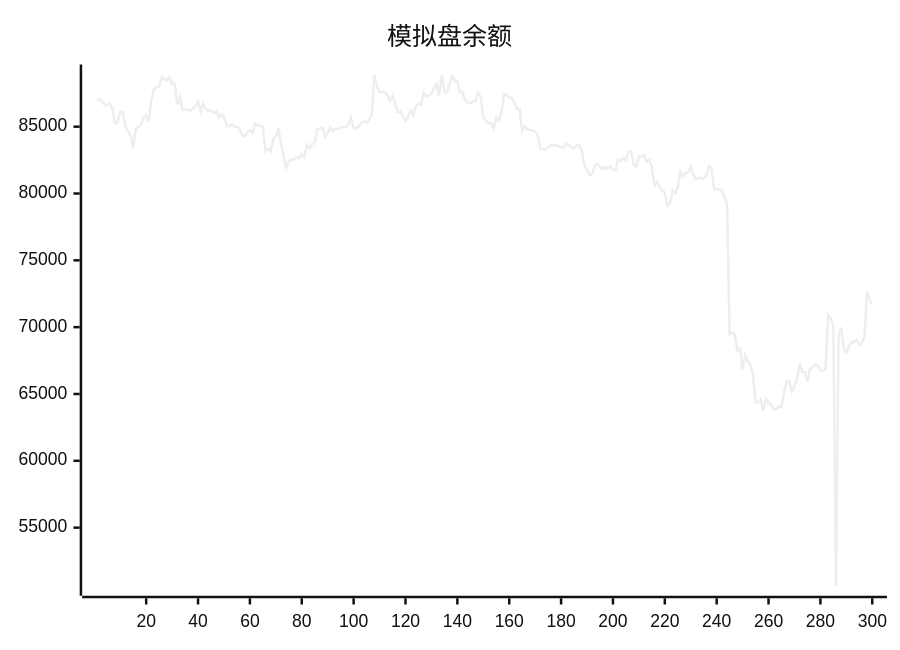
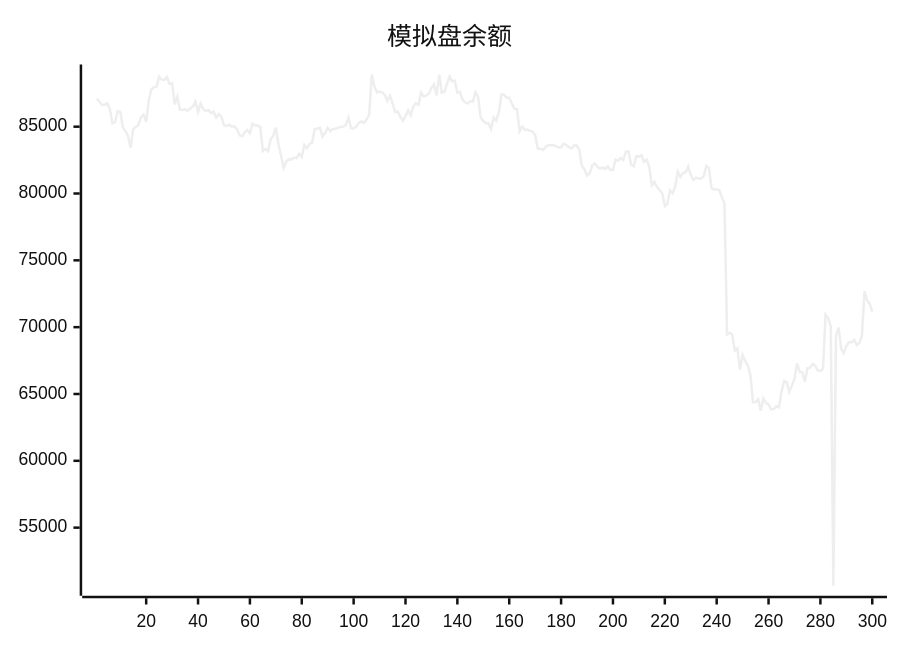
The diagram in README.md (aahl/ai-trading), drawn with Mermaid (neutral theme) before and after one commit. The commit also changed other lines of this file and 1 other file, not shown here.

````diff
--- a/README.md
+++ b/README.md
@@ -5,5 +5,5 @@
 ```mermaid
 xychart
     title "模拟盘余额"
-    line [86917,87102,86870,86613,86644,86758,86317,85242,85334,86149,86106,84968,84671,84302,83410,84816,85001,85127,85693,85891,85384,87001,87811,87945,88007,88734,88528,88495,88705,88189,88248,86662,87234,86279,86251,86314,86177,86364,86503,86886,86114,86731,86310,86176,86240,86017,86136,85685,85938,85749,85111,85044,85164,85016,85008,84824,84354,84287,84572,84745,84500,85234,85096,85095,84970,83180,83338,83157,84070,84309,84922,83667,82850,81924,82369,82552,82539,82695,82648,82962,82728,83619,83378,83710,83825,84819,84854,84917,84265,84527,84919,84668,84834,84850,84916,84981,85004,85131,85674,84891,84864,85019,85284,85393,85294,85538,85894,88904,88012,87567,87625,87568,87386,86920,87313,86737,86094,86143,85725,85437,85787,86219,85859,86526,86740,86630,87563,87264,87335,87483,87886,88180,87335,88894,87544,87608,88207,88755,88401,88444,87543,87608,87000,86810,86740,86894,86884,87576,87209,85686,85435,85251,85255,84820,85689,85453,86066,87420,87373,87161,87178,86740,86341,86315,84643,85012,84772,84768,84690,84635,84376,83360,83357,83259,83474,83608,83606,83602,83548,83440,83454,83724,83644,83464,83365,83590,83592,83275,82072,81806,81344,81492,82109,82254,82006,81848,81955,81829,82022,81769,81776,82522,82441,82656,82498,83144,83144,82150,82038,82797,82763,82872,82367,82536,81981,80612,80862,80484,80242,80034,79063,79245,80226,80016,80507,81625,81233,81544,81578,82016,81401,81019,81186,81130,81118,81306,82066,81909,80392,80304,80291,80258,79729,79261,69466,69579,69456,68251,68415,66832,67911,67462,67144,66432,64380,64375,64606,63740,64647,64324,64216,63842,63877,64078,64008,65156,65945,65888,65157,65625,66144,67284,66653,66639,65924,66925,66956,67263,67108,66766,66729,66886,70927,70673,70049,50652,69334,69973,68400,68061,68578,68876,68879,69055,68662,68822,69329,72687,71999,71760]
+    line [87102,86870,86613,86644,86758,86317,85242,85334,86149,86106,84968,84671,84302,83410,84816,85001,85127,85693,85891,85384,87001,87811,87945,88007,88734,88528,88495,88705,88189,88248,86662,87234,86279,86251,86314,86177,86364,86503,86886,86114,86731,86310,86176,86240,86017,86136,85685,85938,85749,85111,85044,85164,85016,85008,84824,84354,84287,84572,84745,84500,85234,85096,85095,84970,83180,83338,83157,84070,84309,84922,83667,82850,81924,82369,82552,82539,82695,82648,82962,82728,83619,83378,83710,83825,84819,84854,84917,84265,84527,84919,84668,84834,84850,84916,84981,85004,85131,85674,84891,84864,85019,85284,85393,85294,85538,85894,88904,88012,87567,87625,87568,87386,86920,87313,86737,86094,86143,85725,85437,85787,86219,85859,86526,86740,86630,87563,87264,87335,87483,87886,88180,87335,88894,87544,87608,88207,88755,88401,88444,87543,87608,87000,86810,86740,86894,86884,87576,87209,85686,85435,85251,85255,84820,85689,85453,86066,87420,87373,87161,87178,86740,86341,86315,84643,85012,84772,84768,84690,84635,84376,83360,83357,83259,83474,83608,83606,83602,83548,83440,83454,83724,83644,83464,83365,83590,83592,83275,82072,81806,81344,81492,82109,82254,82006,81848,81955,81829,82022,81769,81776,82522,82441,82656,82498,83144,83144,82150,82038,82797,82763,82872,82367,82536,81981,80612,80862,80484,80242,80034,79063,79245,80226,80016,80507,81625,81233,81544,81578,82016,81401,81019,81186,81130,81118,81306,82066,81909,80392,80304,80291,80258,79729,79261,69466,69579,69456,68251,68415,66832,67911,67462,67144,66432,64380,64375,64606,63740,64647,64324,64216,63842,63877,64078,64008,65156,65945,65888,65157,65625,66144,67284,66653,66639,65924,66925,66956,67263,67108,66766,66729,66886,70927,70673,70049,50652,69334,69973,68400,68061,68578,68876,68879,69055,68662,68822,69329,72687,71999,71760,71162]
 ```
````
